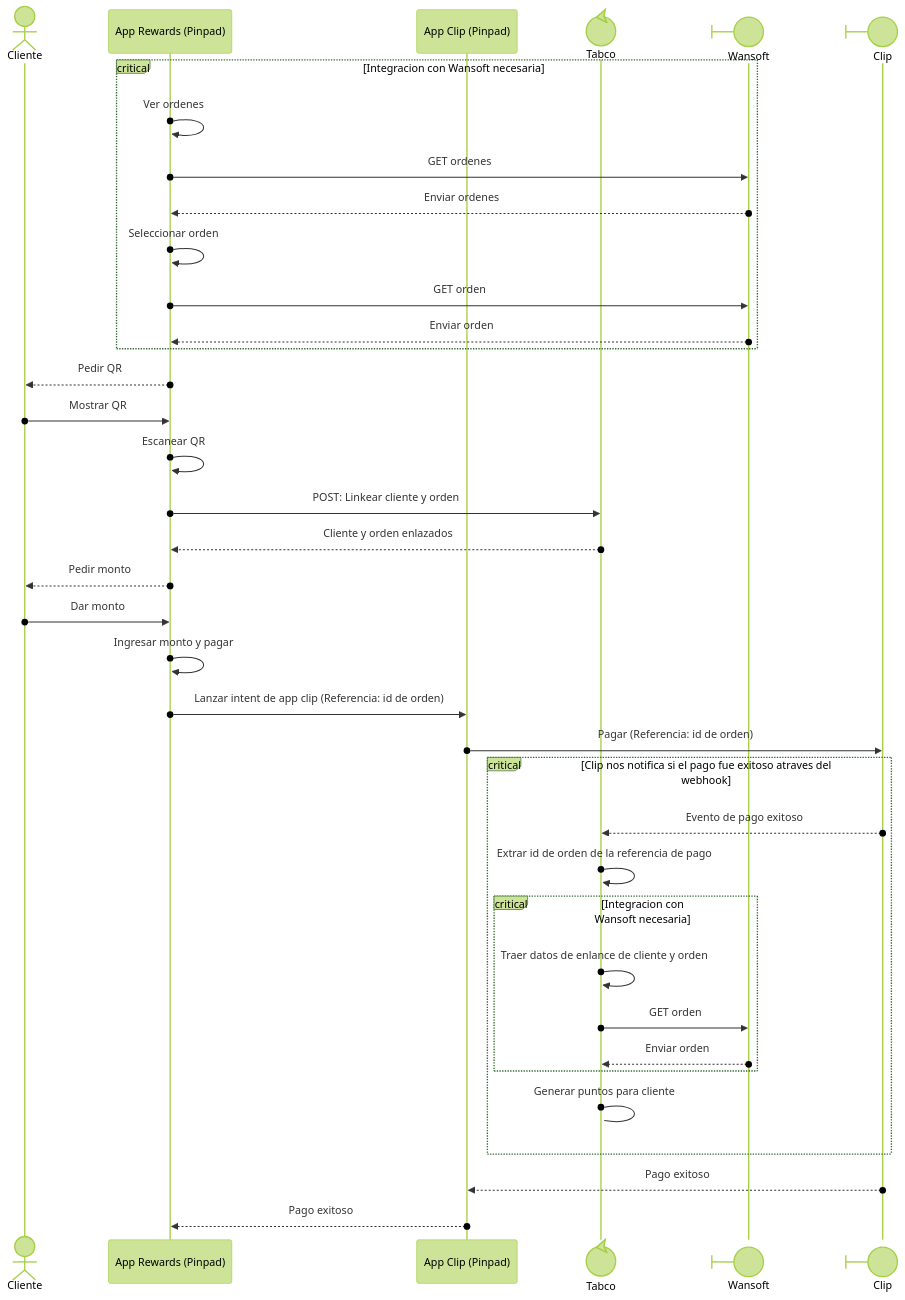
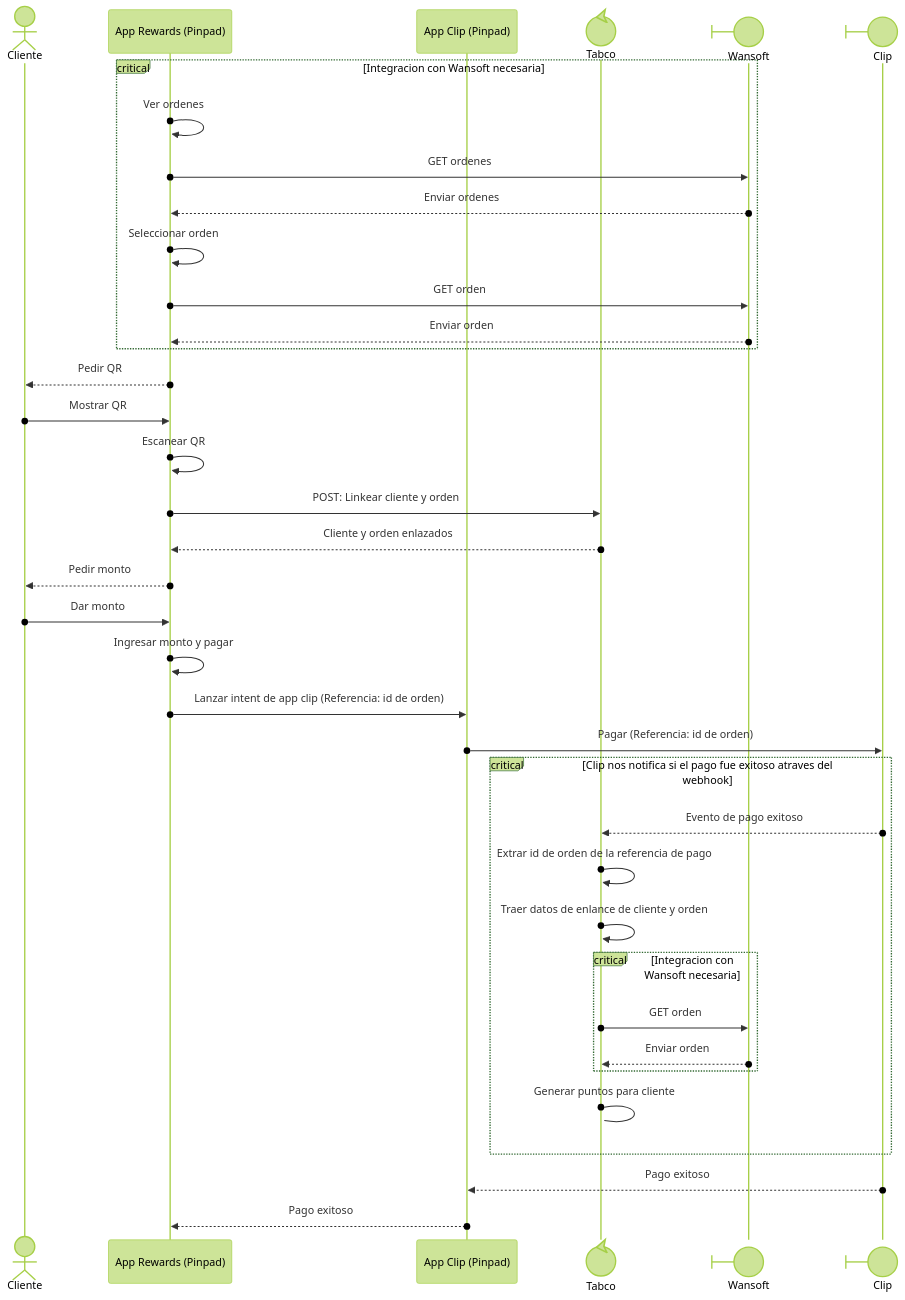
The diagram in README.md (tabco-mx/docs), drawn with Mermaid (forest theme) before and after one commit.

````diff
--- a/README.md
+++ b/README.md
@@ -3,40 +3,40 @@
 ```mermaid
 sequenceDiagram
     actor u as Cliente
     participant p as App Rewards (Pinpad)
     participant cp as App Clip (Pinpad)
     participant t@{ "type": "control" } as Tabco
     participant w@{ "type": "boundary" } as Wansoft
     participant c@{ "type": "boundary" } as Clip
 
     critical Integracion con Wansoft necesaria
         p ()->> p: Ver ordenes
         p ()->> w: GET ordenes
         w ()-->> p: Enviar ordenes
         p ()->> p: Seleccionar orden
         p ()->> w: GET orden
         w ()-->> p: Enviar orden
     end
     p ()-->> u: Pedir QR
     u ()->> p: Mostrar QR
     p ()->> p: Escanear QR
     p ()->> t: POST: Linkear cliente y orden
     t ()-->> p: Cliente y orden enlazados
     p ()-->> u: Pedir monto
     u ()->> p: Dar monto
     p ()->> p: Ingresar monto y pagar
     p ()->> cp: Lanzar intent de app clip (Referencia: id de orden)
     cp ()->> c: Pagar (Referencia: id de orden)
     critical Clip nos notifica si el pago fue exitoso atraves del webhook
         c ()-->> t: Evento de pago exitoso
         t ()->>t: Extrar id de orden de la referencia de pago
+        t ()->>t: Traer datos de enlance de cliente y orden
         critical Integracion con Wansoft necesaria
-            t ()->>t: Traer datos de enlance de cliente y orden
             t ()->>w: GET orden
             w ()-->> t: Enviar orden
         end
         t ()->t: Generar puntos para cliente
     end
     c ()-->>cp: Pago exitoso
     cp ()-->>p: Pago exitoso
 ```
````
